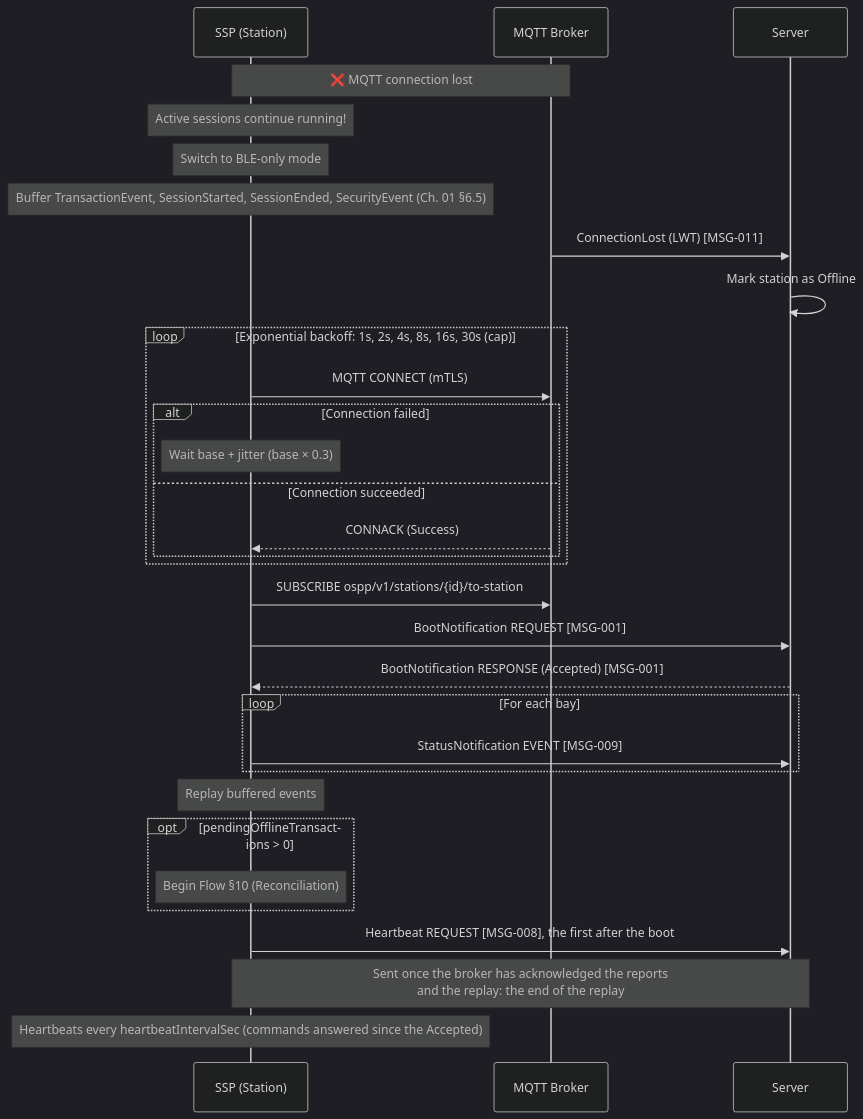
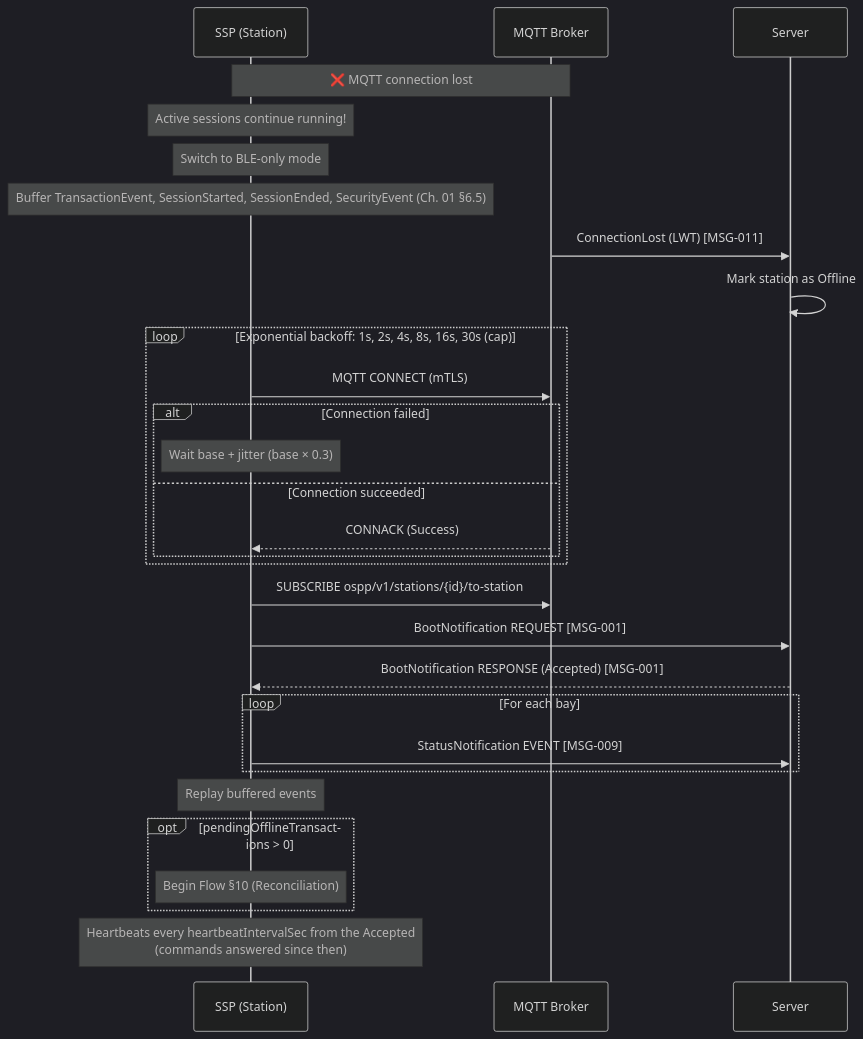
Before and after one commit to ospp-org/spec: diagram 11 of 19 in spec/04-flows.md, drawn with Mermaid (dark theme). The commit also changed other lines of this file and 21 other files, not shown here.

````diff
--- a/spec/04-flows.md
+++ b/spec/04-flows.md
@@ -1374,43 +1374,40 @@
 ```mermaid
 sequenceDiagram
     participant SSP as SSP (Station)
     participant Broker as MQTT Broker
     participant Server
 
     Note over SSP,Broker: ❌ MQTT connection lost
 
     Note over SSP: Active sessions continue running!
     Note over SSP: Switch to BLE-only mode
     Note over SSP: Buffer TransactionEvent, SessionStarted, SessionEnded, SecurityEvent (Ch. 01 §6.5)
 
     Broker->>Server: ConnectionLost (LWT) [MSG-011]
     Server->>Server: Mark station as Offline
 
     loop Exponential backoff: 1s, 2s, 4s, 8s, 16s, 30s (cap)
         SSP->>Broker: MQTT CONNECT (mTLS)
         alt Connection failed
             Note over SSP: Wait base + jitter (base × 0.3)
         else Connection succeeded
             Broker-->>SSP: CONNACK (Success)
         end
     end
 
     SSP->>Broker: SUBSCRIBE ospp/v1/stations/{id}/to-station
     SSP->>Server: BootNotification REQUEST [MSG-001]
     Server-->>SSP: BootNotification RESPONSE (Accepted) [MSG-001]
 
     loop For each bay
         SSP->>Server: StatusNotification EVENT [MSG-009]
     end
 
     Note over SSP: Replay buffered events
 
     opt pendingOfflineTransactions > 0
         Note over SSP: Begin Flow §10 (Reconciliation)
     end
 
-    SSP->>Server: Heartbeat REQUEST [MSG-008], the first after the boot
-    Note over SSP,Server: Sent once the broker has acknowledged the reports<br/>and the replay: the end of the replay
-
-    Note over SSP: Heartbeats every heartbeatIntervalSec (commands answered since the Accepted)
+    Note over SSP: Heartbeats every heartbeatIntervalSec from the Accepted<br/>(commands answered since then)
 ```
````
